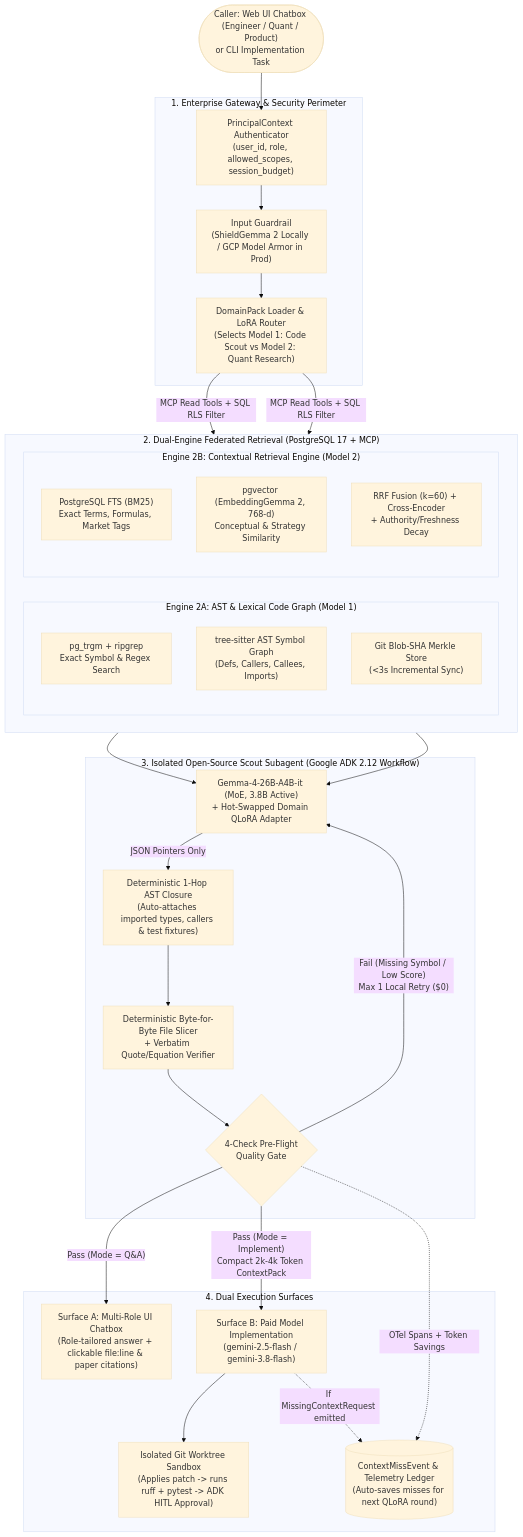
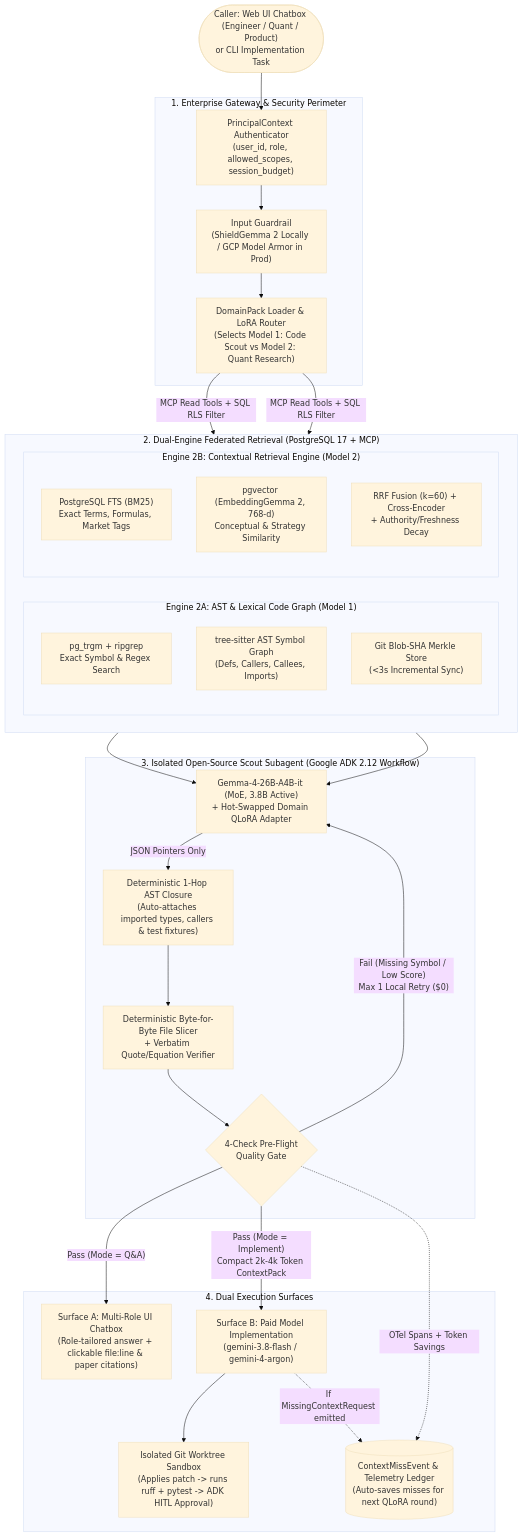
The first of 2 diagrams in ARCHITECTURE_BLUEPRINT.md (himanshu2408/enterprise-context-scout), drawn with Mermaid (base theme) before and after one commit. The commit also changed other lines of this file and 4 other files, not shown here.

````diff
--- a/ARCHITECTURE_BLUEPRINT.md
+++ b/ARCHITECTURE_BLUEPRINT.md
@@ -34,51 +52,51 @@
 ```mermaid
 flowchart TD
     User(["Caller: Web UI Chatbox (Engineer / Quant / Product)\nor CLI Implementation Task"])
     
     subgraph Gateway["1. Enterprise Gateway & Security Perimeter"]
         Auth["PrincipalContext Authenticator\n(user_id, role, allowed_scopes, session_budget)"]
         GuardIn["Input Guardrail\n(ShieldGemma 2 Locally / GCP Model Armor in Prod)"]
         Router["DomainPack Loader & LoRA Router\n(Selects Model 1: Code Scout vs Model 2: Quant Research)"]
     end
 
     subgraph Retrieval["2. Dual-Engine Federated Retrieval (PostgreSQL 17 + MCP)"]
         direction LR
         subgraph CodeEngine["Engine 2A: AST & Lexical Code Graph (Model 1)"]
             Trigram["pg_trgm + ripgrep\nExact Symbol & Regex Search"]
             ASTGraph["tree-sitter AST Symbol Graph\n(Defs, Callers, Callees, Imports)"]
             GitMerkle["Git Blob-SHA Merkle Store\n(<3s Incremental Sync)"]
         end
         subgraph DocEngine["Engine 2B: Contextual Retrieval Engine (Model 2)"]
             BM25["PostgreSQL FTS (BM25)\nExact Terms, Formulas, Market Tags"]
             DenseVec["pgvector (EmbeddingGemma 2, 768-d)\nConceptual & Strategy Similarity"]
             Rerank["RRF Fusion (k=60) + Cross-Encoder\n+ Authority/Freshness Decay"]
         end
     end
 
     subgraph ScoutLoop["3. Isolated Open-Source Scout Subagent (Google ADK 2.12 Workflow)"]
         ScoutModel["Gemma-4-26B-A4B-it (MoE, 3.8B Active)\n+ Hot-Swapped Domain QLoRA Adapter"]
         ASTExpand["Deterministic 1-Hop AST Closure\n(Auto-attaches imported types, callers & test fixtures)"]
         Slicer["Deterministic Byte-for-Byte File Slicer\n+ Verbatim Quote/Equation Verifier"]
         PreFlight{"4-Check Pre-Flight\nQuality Gate"}
     end
 
     subgraph Outputs["4. Dual Execution Surfaces"]
         ChatMode["Surface A: Multi-Role UI Chatbox\n(Role-tailored answer + clickable file:line & paper citations)"]
-        PaidHandoff["Surface B: Paid Model Implementation\n(gemini-2.5-flash / gemini-3.8-flash)"]
+        PaidHandoff["Surface B: Paid Model Implementation\n(gemini-3.8-flash / gemini-4-argon)"]
         Worktree["Isolated Git Worktree Sandbox\n(Applies patch -> runs ruff + pytest -> ADK HITL Approval)"]
         Flywheel[("ContextMissEvent & Telemetry Ledger\n(Auto-saves misses for next QLoRA round)")]
     end
 
     User --> Auth --> GuardIn --> Router
     Router -->|MCP Read Tools + SQL RLS Filter| CodeEngine
     Router -->|MCP Read Tools + SQL RLS Filter| DocEngine
     CodeEngine --> ScoutModel
     DocEngine --> ScoutModel
     ScoutModel -->|JSON Pointers Only| ASTExpand --> Slicer --> PreFlight
     PreFlight -->|"Fail (Missing Symbol / Low Score)\nMax 1 Local Retry ($0)"| ScoutModel
     PreFlight -->|"Pass (Mode = Q&A)"| ChatMode
     PreFlight -->|"Pass (Mode = Implement)\nCompact 2k-4k Token ContextPack"| PaidHandoff
     PaidHandoff --> Worktree
     PaidHandoff -.->|"If MissingContextRequest emitted"| Flywheel
     PreFlight -.->|"OTel Spans + Token Savings"| Flywheel
 ```
````
